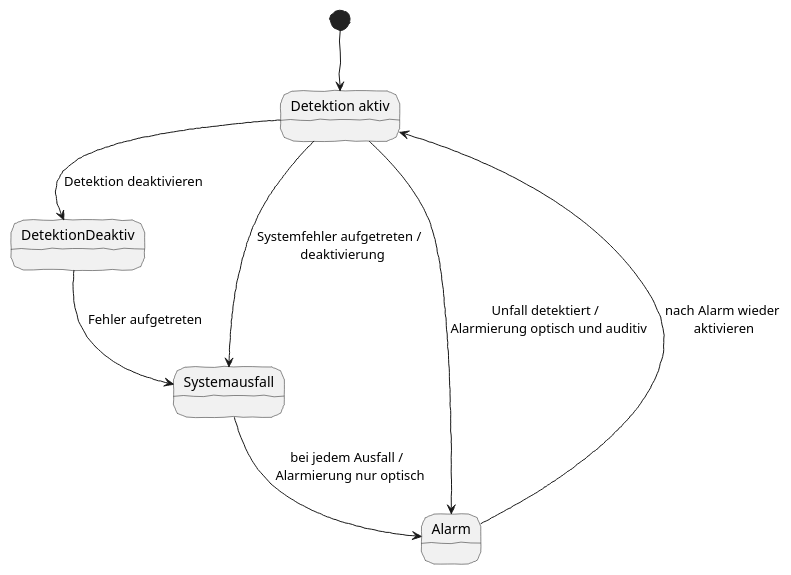
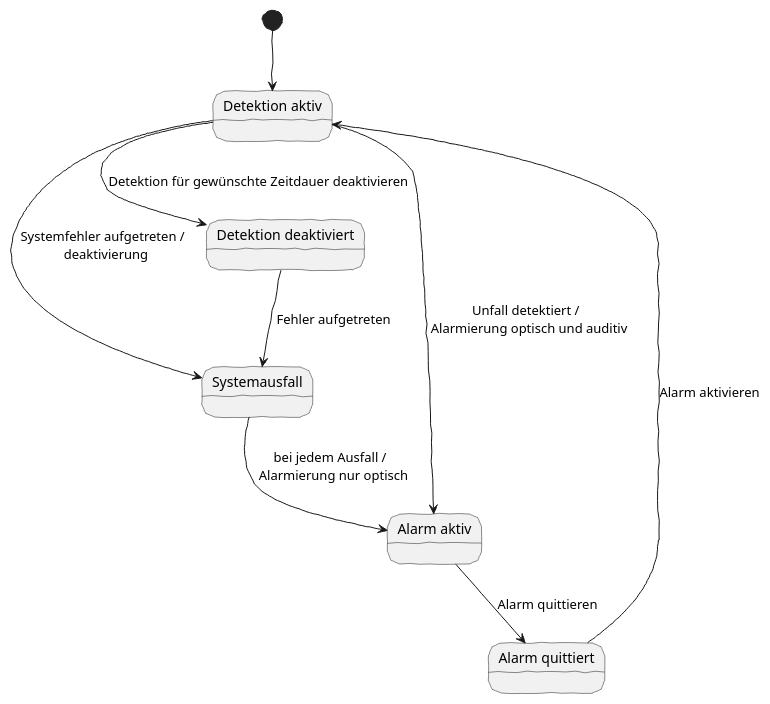
Before and after one commit to KonstantinFrank01/safer-pool-docs: the third of 4 diagrams in asciidocs/index.adoc, drawn with PlantUML.

Commit message:
Modified the state diagram

```diff
--- a/asciidocs/index.adoc
+++ b/asciidocs/index.adoc
@@ -125,16 +125,23 @@
 [plantuml]
 ----
 @startuml
+
 skinparam handwritten true
 
 [*] --> DetektionAktiv
 state "Detektion aktiv" as DetektionAktiv
-DetektionAktiv --> DetektionDeaktiv : Detektion deaktivieren
+state "Detektion deaktiviert" as DetektionDeaktiv
+state "Alarm aktiv" as AlarmAktiv
+state "Alarm quittiert" as AlarmDeaktiv
+
+DetektionAktiv --> DetektionDeaktiv : Detektion für gewünschte Zeitdauer deaktivieren
+
 
 DetektionAktiv --> Systemausfall : Systemfehler aufgetreten / \n deaktivierung
 DetektionDeaktiv --> Systemausfall : Fehler aufgetreten
-DetektionAktiv --> Alarm : Unfall detektiert / \n Alarmierung optisch und auditiv
-Systemausfall --> Alarm : bei jedem Ausfall / \n Alarmierung nur optisch
-Alarm --> DetektionAktiv : nach Alarm wieder\n aktivieren
+DetektionAktiv --> AlarmAktiv : Unfall detektiert / \n Alarmierung optisch und auditiv
+Systemausfall --> AlarmAktiv : bei jedem Ausfall / \n Alarmierung nur optisch
+AlarmAktiv --> AlarmDeaktiv : Alarm quittieren
+AlarmDeaktiv --> DetektionAktiv : Alarm aktivieren
 @enduml
 ----
```
